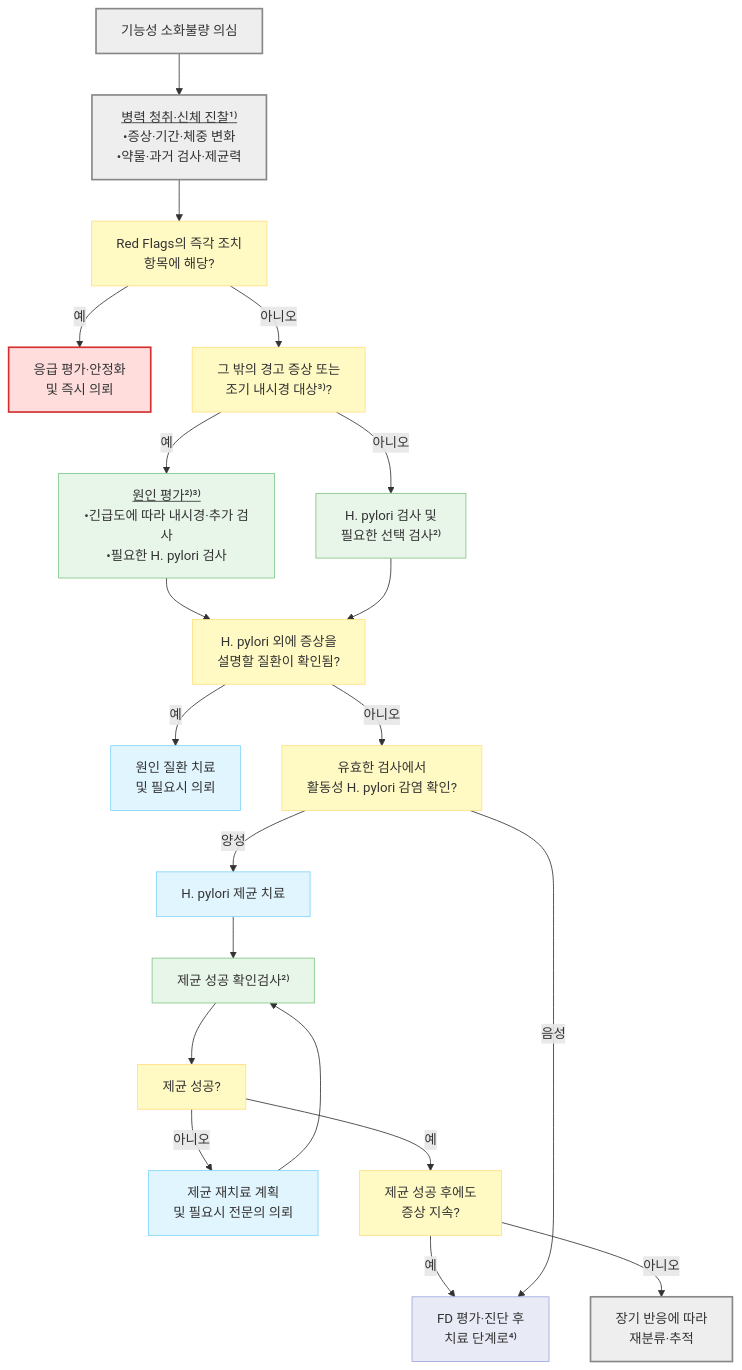
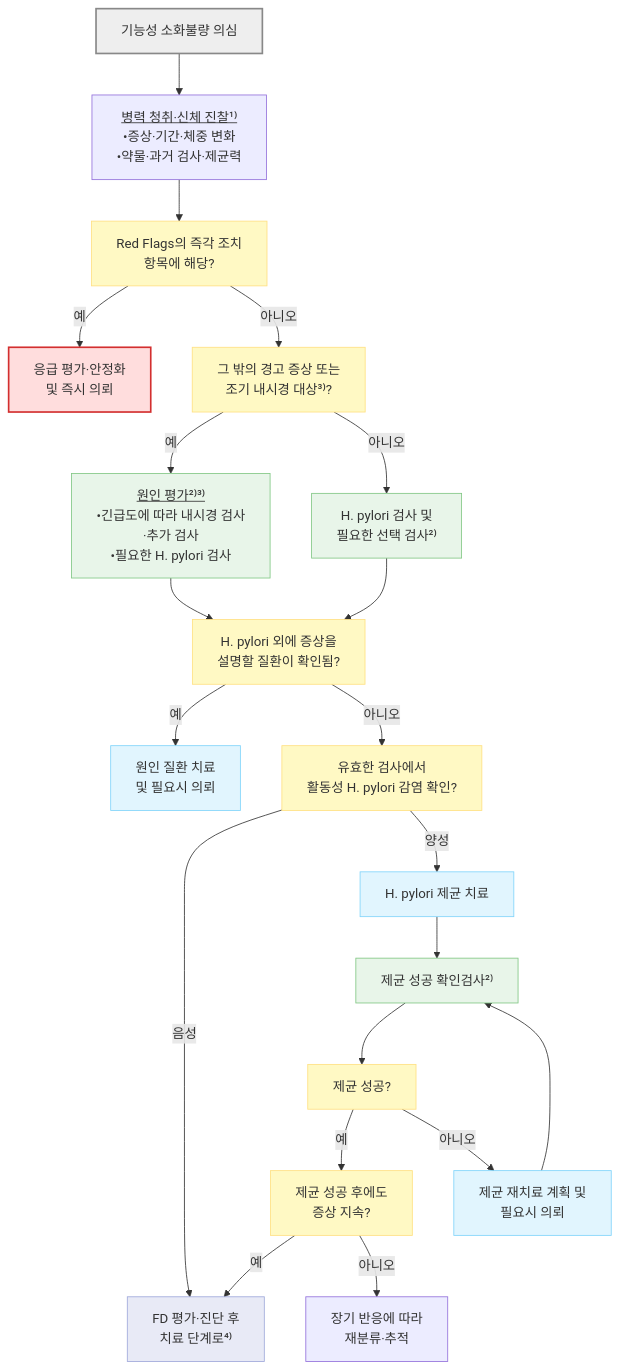
The diagram in 224_/076_-functional-dyspepsia.md (familyoh77/familyoh77), drawn with Mermaid before and after one commit. The commit also changed other lines of this file and 1 other file, not shown here.

````diff
--- a/224_/076_-functional-dyspepsia.md
+++ b/224_/076_-functional-dyspepsia.md
@@ -137,35 +148,35 @@
 ```mermaid
 flowchart TD
     Start["기능성 소화불량 의심"] --> History["<u>병력 청취·신체 진찰¹⁾</u><br/>•증상·기간·체중 변화<br/>•약물·과거 검사·제균력"]
     History --> Alarm["Red Flags의 즉각 조치<br/>항목에 해당?"]
     Alarm -- "예" --> Urgent["응급 평가·안정화<br/>및 즉시 의뢰"]
     Alarm -- "아니오" --> Risk["그 밖의 경고 증상 또는<br/>조기 내시경 대상³⁾?"]
-    Risk -- "예" --> AddTest["<u>원인 평가²⁾³⁾</u><br/>•긴급도에 따라 내시경·추가 검사<br/>•필요한 H. pylori 검사"]
+    Risk -- "예" --> AddTest["<u>원인 평가²⁾³⁾</u><br/>•긴급도에 따라 내시경 검사<br/>·추가 검사<br/>•필요한 H. pylori 검사"]
     Risk -- "아니오" --> Labs["H. pylori 검사 및<br/>필요한 선택 검사²⁾"]
     AddTest --> Result["H. pylori 외에 증상을<br/>설명할 질환이 확인됨?"]
     Labs --> Result
     Result -- "예" --> Organic["원인 질환 치료<br/>및 필요시 의뢰"]
     Result -- "아니오" --> HP["유효한 검사에서<br/>활동성 H. pylori 감염 확인?"]
+    HP -- "음성" --> FD_Next
     HP -- "양성" --> Erad["H. pylori 제균 치료"]
     Erad --> Confirm["제균 성공 확인검사²⁾"]
     Confirm --> Success["제균 성공?"]
-    Success -- "아니오" --> Retry["제균 재치료 계획<br/>및 필요시 전문의 의뢰"]
+    Success -- "예" --> Persist["제균 성공 후에도<br/>증상 지속?"]
+    Success -- "아니오" --> Retry["제균 재치료 계획 및 <br/>필요시 의뢰"]
     Retry --> Confirm
-    Success -- "예" --> Persist["제균 성공 후에도<br/>증상 지속?"]
     Persist -- "예" --> FD_Next["FD 평가·진단 후<br/>치료 단계로⁴⁾"]
     Persist -- "아니오" --> Follow["장기 반응에 따라<br/>재분류·추적"]
-    HP -- "음성" --> FD_Next
 
-    classDef neutral fill:#eeeeee,stroke:#888888,stroke-width:2px
+    style Start fill:#eeeeee,stroke:#888888,stroke-width:2px
     classDef question fill:#fff9c4,stroke:#ffe082
     classDef test fill:#e8f5e9,stroke:#81c784
     classDef treatment fill:#e1f5fe,stroke:#81d4fa
     classDef danger fill:#ffdddd,stroke:#d32f2f,stroke-width:2px
     classDef next fill:#e8eaf6,stroke:#9fa8da
-    class Start,History,Follow neutral
     class Alarm,Risk,Result,HP,Success,Persist question
     class AddTest,Labs,Confirm test
     class Organic,Erad,Retry treatment
     class Urgent danger
     class FD_Next next
+
 ```
````
